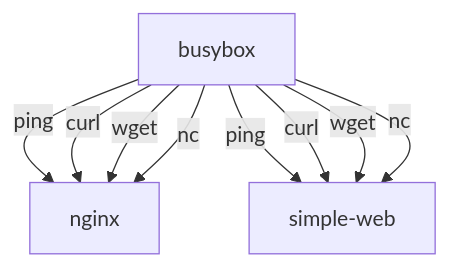
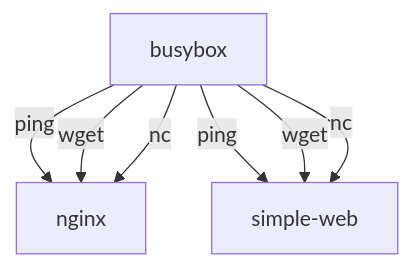
The diagram in lesson_3/README.md (beckitrue/container-app-workshop), drawn with Mermaid before and after one commit. The commit also changed other lines of this file, not shown here.

````diff
--- a/lesson_3/README.md
+++ b/lesson_3/README.md
@@ -25,11 +24,9 @@
 ```mermaid
 graph TD;
     A[busybox] -->|ping| B[nginx]
     A -->|ping| C[simple-web]
-    A -->|curl| B
-    A -->|curl| C
     A -->|wget| B
     A -->|wget| C
     A -->|nc| B
     A -->|nc| C
 ```
````
